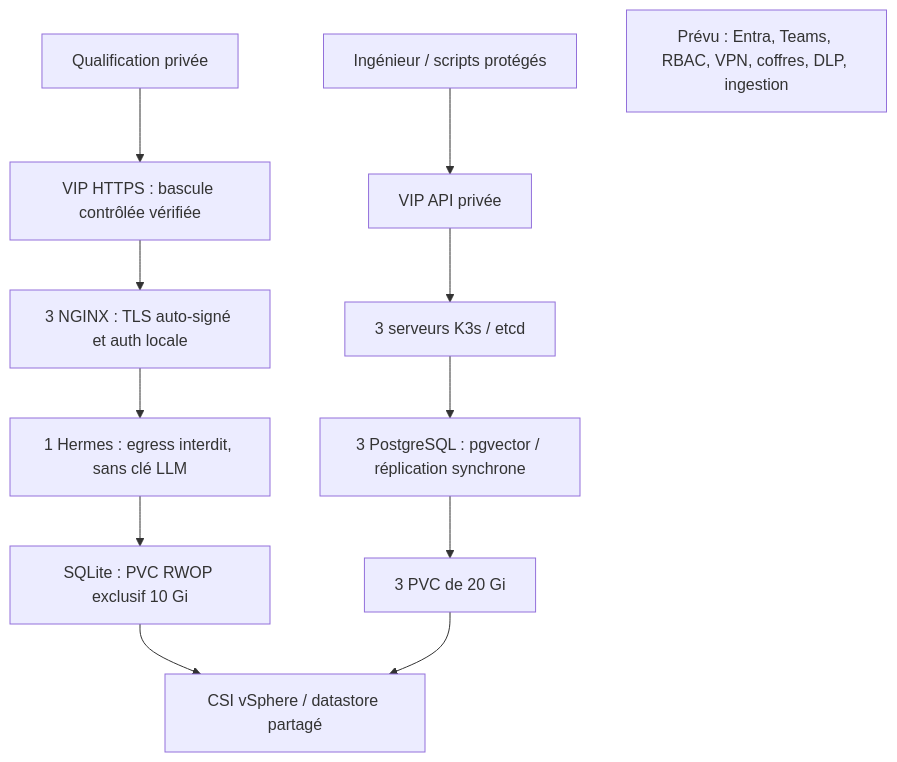
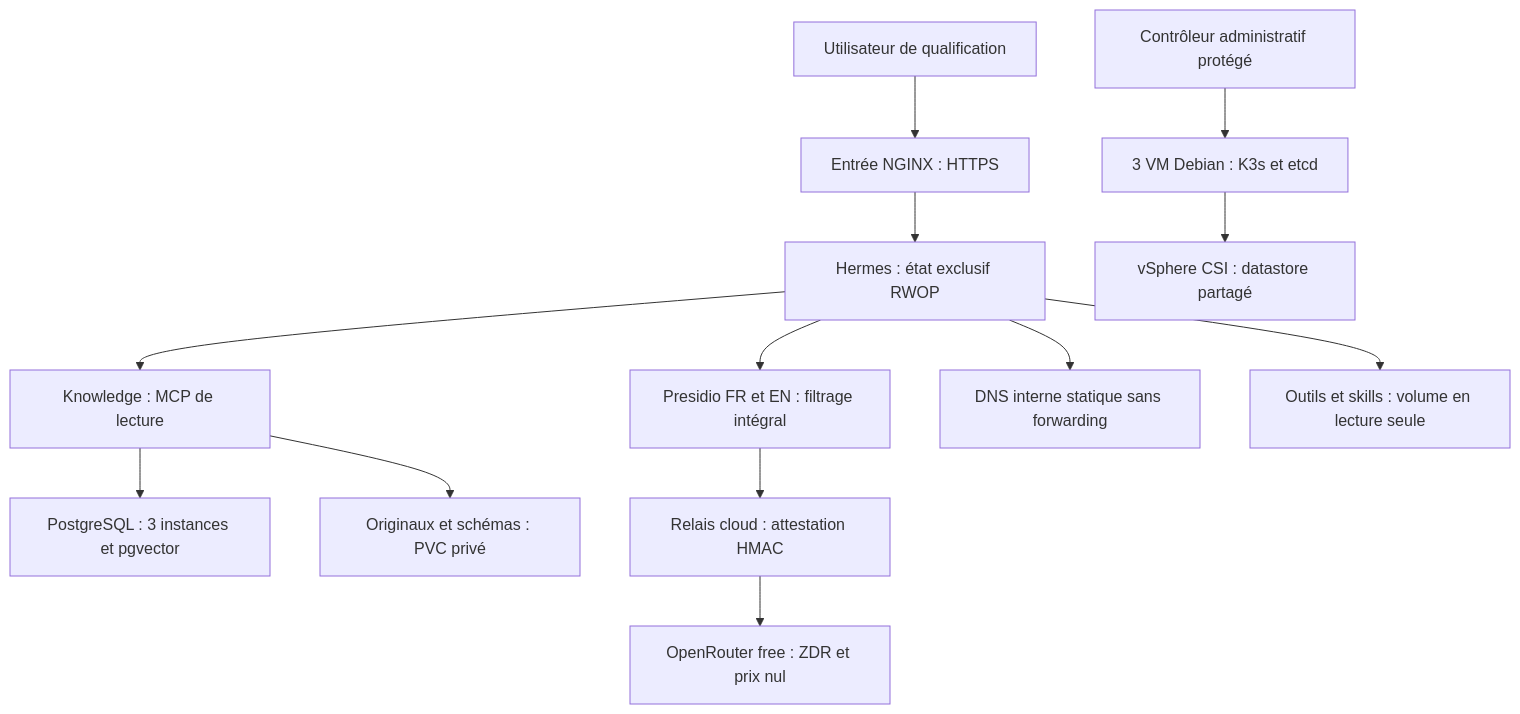
The first of 5 diagrams in docs/schemas-plateforme-hermes.md (nicolastheuil/ArcIA), drawn with Mermaid before and after one commit. The commit also changed other lines of this file and 115 other files, not shown here.

````diff
--- a/docs/schemas-plateforme-hermes.md
+++ b/docs/schemas-plateforme-hermes.md
@@ -14,14 +7,15 @@
 ```mermaid
-flowchart TD
-  USER["Qualification privée"] --> VIP["VIP HTTPS : bascule contrôlée vérifiée"]
-  VIP --> NG["3 NGINX : TLS auto-signé et auth locale"]
-  NG --> H["1 Hermes : egress interdit, sans clé LLM"]
-  H --> SQ["SQLite : PVC RWOP exclusif 10 Gi"]
-  ADMIN["Ingénieur / scripts protégés"] --> API["VIP API privée"]
-  API --> K["3 serveurs K3s / etcd"]
-  K --> PG["3 PostgreSQL : pgvector / réplication synchrone"]
-  PG --> PV["3 PVC de 20 Gi"]
-  SQ --> CSI["CSI vSphere / datastore partagé"]
-  PV --> CSI
-  FUT["Prévu : Entra, Teams, RBAC, VPN, coffres, DLP, ingestion"]
+flowchart TB
+  U[Utilisateur de qualification] --> TLS[Entrée NGINX : HTTPS]
+  TLS --> H[Hermes : état exclusif RWOP]
+  H --> K[Knowledge : MCP de lecture]
+  K --> PG[PostgreSQL : 3 instances et pgvector]
+  K --> O[Originaux et schémas : PVC privé]
+  H --> P[Presidio FR et EN : filtrage intégral]
+  P --> R[Relais cloud : attestation HMAC]
+  R --> C[OpenRouter free : ZDR et prix nul]
+  H --> DNS[DNS interne statique sans forwarding]
+  H --> T[Outils et skills : volume en lecture seule]
+  ADMIN[Contrôleur administratif protégé] --> K3S[3 VM Debian : K3s et etcd]
+  K3S --> CSI[vSphere CSI : datastore partagé]
 ```
````
